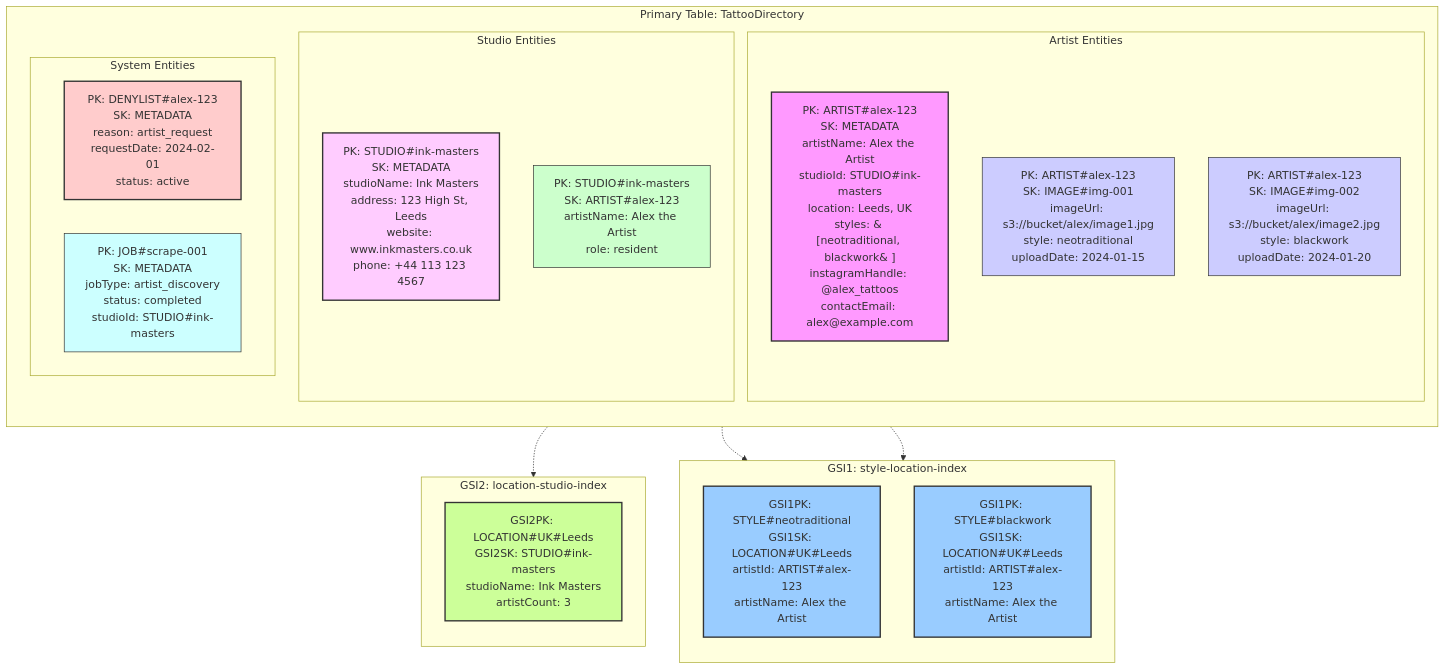
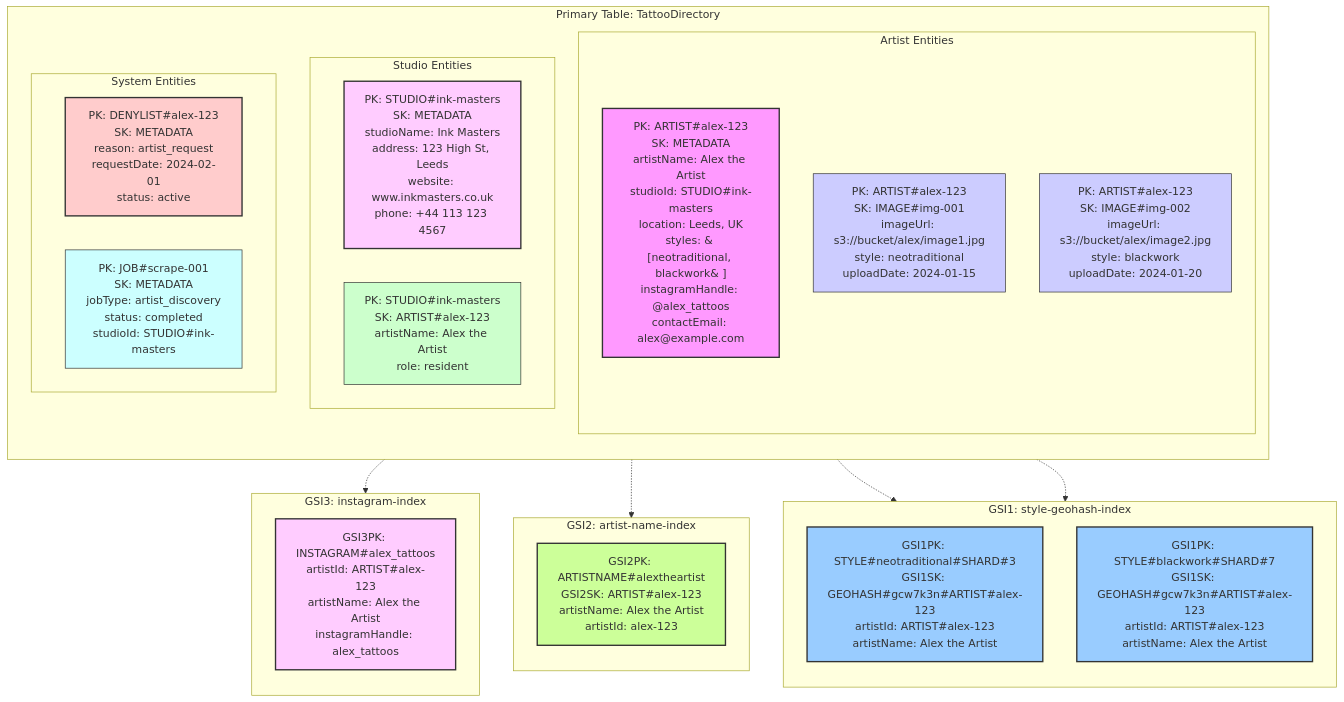
The diagram in docs/diagrams_as_code/Data Model Diagram (DynamoDB Single-Table Design).md (White-IT-Solutions/TattooDirectory), drawn with Mermaid before and after one commit. The commit also changed 19 other files, not shown here.

````diff
--- a/docs/diagrams_as_code/Data Model Diagram (DynamoDB Single-Table Design).md
+++ b/docs/diagrams_as_code/Data Model Diagram (DynamoDB Single-Table Design).md
@@ -3,49 +3,56 @@
 ```mermaid
 graph TD
     subgraph "Primary Table: TattooDirectory"
         direction TB
         
         subgraph "Artist Entities"
             A1[PK: ARTIST#alex-123<br>SK: METADATA<br>artistName: Alex the Artist<br>studioId: STUDIO#ink-masters<br>location: Leeds, UK<br>styles: & #91;neotraditional, blackwork& #93;<br>instagramHandle: @alex_tattoos<br>contactEmail: alex@example.com]
             A2[PK: ARTIST#alex-123<br>SK: IMAGE#img-001<br>imageUrl: s3://bucket/alex/image1.jpg<br>style: neotraditional<br>uploadDate: 2024-01-15]
             A3[PK: ARTIST#alex-123<br>SK: IMAGE#img-002<br>imageUrl: s3://bucket/alex/image2.jpg<br>style: blackwork<br>uploadDate: 2024-01-20]
         end
         
         subgraph "Studio Entities"
             S1[PK: STUDIO#ink-masters<br>SK: METADATA<br>studioName: Ink Masters<br>address: 123 High St, Leeds<br>website: www.inkmasters.co.uk<br>phone: +44 113 123 4567]
             S2[PK: STUDIO#ink-masters<br>SK: ARTIST#alex-123<br>artistName: Alex the Artist<br>role: resident]
         end
         
         subgraph "System Entities"
             D1[PK: DENYLIST#alex-123<br>SK: METADATA<br>reason: artist_request<br>requestDate: 2024-02-01<br>status: active]
             J1[PK: JOB#scrape-001<br>SK: METADATA<br>jobType: artist_discovery<br>status: completed<br>studioId: STUDIO#ink-masters]
         end
     end
 
-    subgraph "GSI1: style-location-index"
+    subgraph "GSI1: style-geohash-index"
         direction TB
-        G1[GSI1PK: STYLE#neotraditional<br>GSI1SK: LOCATION#UK#Leeds<br>artistId: ARTIST#alex-123<br>artistName: Alex the Artist]
-        G2[GSI1PK: STYLE#blackwork<br>GSI1SK: LOCATION#UK#Leeds<br>artistId: ARTIST#alex-123<br>artistName: Alex the Artist]
+        G1[GSI1PK: STYLE#neotraditional#SHARD#3<br>GSI1SK: GEOHASH#gcw7k3n#ARTIST#alex-123<br>artistId: ARTIST#alex-123<br>artistName: Alex the Artist]
+        G2[GSI1PK: STYLE#blackwork#SHARD#7<br>GSI1SK: GEOHASH#gcw7k3n#ARTIST#alex-123<br>artistId: ARTIST#alex-123<br>artistName: Alex the Artist]
     end
     
-    subgraph "GSI2: location-studio-index"
+    subgraph "GSI2: artist-name-index"
         direction TB
-        G3[GSI2PK: LOCATION#UK#Leeds<br>GSI2SK: STUDIO#ink-masters<br>studioName: Ink Masters<br>artistCount: 3]
+        G3[GSI2PK: ARTISTNAME#alextheartist<br>GSI2SK: ARTIST#alex-123<br>artistName: Alex the Artist<br>artistId: alex-123]
+    end
+    
+    subgraph "GSI3: instagram-index"
+        direction TB
+        G4[GSI3PK: INSTAGRAM#alex_tattoos<br>artistId: ARTIST#alex-123<br>artistName: Alex the Artist<br>instagramHandle: alex_tattoos]
     end
 
     %% Relationships
     A1 -.-> G1
     A1 -.-> G2
-    S1 -.-> G3
+    A1 -.-> G3
+    A1 -.-> G4
     
     style A1 fill:#f9f,stroke:#333,stroke-width:2px
     style A2 fill:#ccf,stroke:#333
     style A3 fill:#ccf,stroke:#333
     style S1 fill:#fcf,stroke:#333,stroke-width:2px
     style S2 fill:#cfc,stroke:#333
     style D1 fill:#fcc,stroke:#333,stroke-width:2px
     style J1 fill:#cff,stroke:#333
     style G1 fill:#9cf,stroke:#333,stroke-width:2px
     style G2 fill:#9cf,stroke:#333,stroke-width:2px
     style G3 fill:#cf9,stroke:#333,stroke-width:2px
+    style G4 fill:#fcf,stroke:#333,stroke-width:2px
 ```
````
